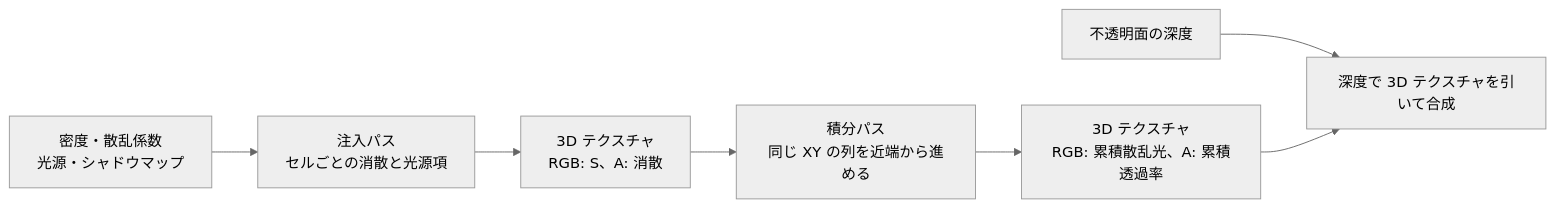
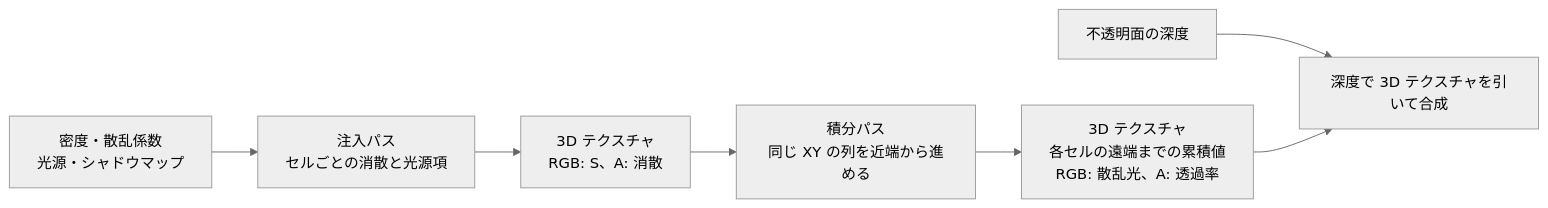
One commit to sny0/sny0.github.io changed the second of 2 diagrams in study/docs/graphics/shader/volumetrics.md. Above: the diagram before and after it, drawn with Mermaid (neutral theme). The commit also changed other lines of this file and 1 other file, not shown here.

````diff
--- a/study/docs/graphics/shader/volumetrics.md
+++ b/study/docs/graphics/shader/volumetrics.md
@@ -118,9 +118,9 @@
 ```mermaid
 flowchart LR
     M["密度・散乱係数<br/>光源・シャドウマップ"] --> I["注入パス<br/>セルごとの消散と光源項"]
     I --> V["3D テクスチャ<br/>RGB: S、A: 消散"]
     V --> P["積分パス<br/>同じ XY の列を近端から進める"]
-    P --> T["3D テクスチャ<br/>RGB: 累積散乱光、A: 累積透過率"]
+    P --> T["3D テクスチャ<br/>各セルの遠端までの累積値<br/>RGB: 散乱光、A: 透過率"]
     D["不透明面の深度"] --> C["深度で 3D テクスチャを引いて合成"]
     T --> C
 ```
````
